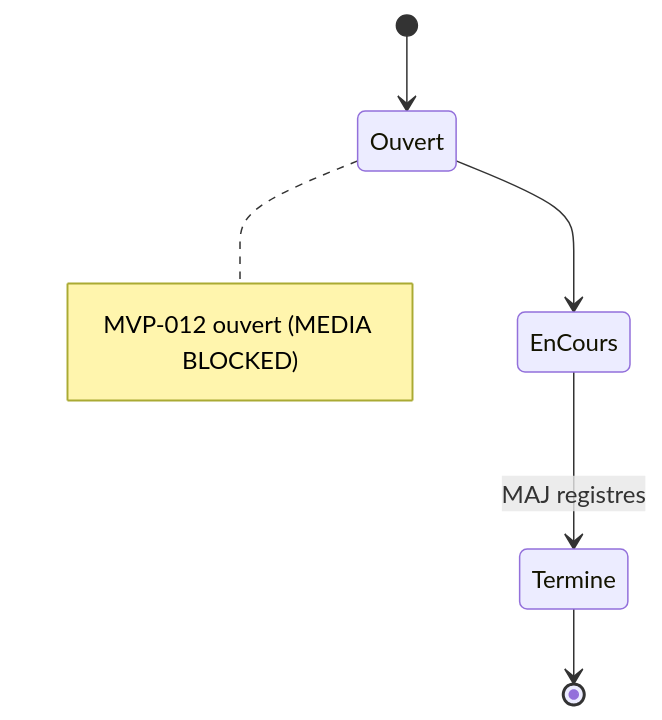
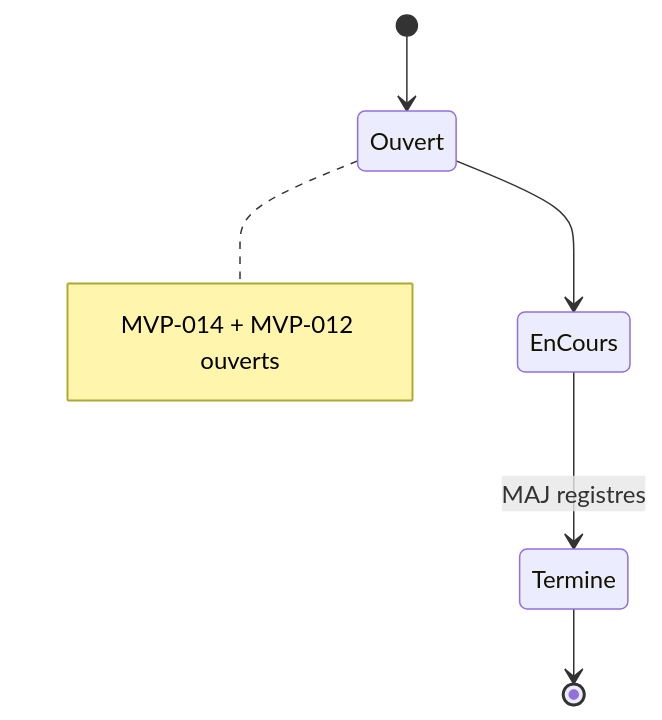
One commit to JavaChrist/Tai-Chi-AI-Coach changed the second of 2 diagrams in docs/runtime/11_BACKLOG.md. Above: the diagram before and after it, drawn with Mermaid. The commit also changed other lines of this file and 15 other files, not shown here.

````diff
--- a/docs/runtime/11_BACKLOG.md
+++ b/docs/runtime/11_BACKLOG.md
@@ -69,8 +70,8 @@
 ```mermaid
 stateDiagram-v2
   [*] --> Ouvert
   Ouvert --> EnCours
   EnCours --> Termine: MAJ registres
   Termine --> [*]
-  note right of Ouvert: MVP-012 ouvert (MEDIA BLOCKED)
+  note right of Ouvert: MVP-014 + MVP-012 ouverts
 ```
````
